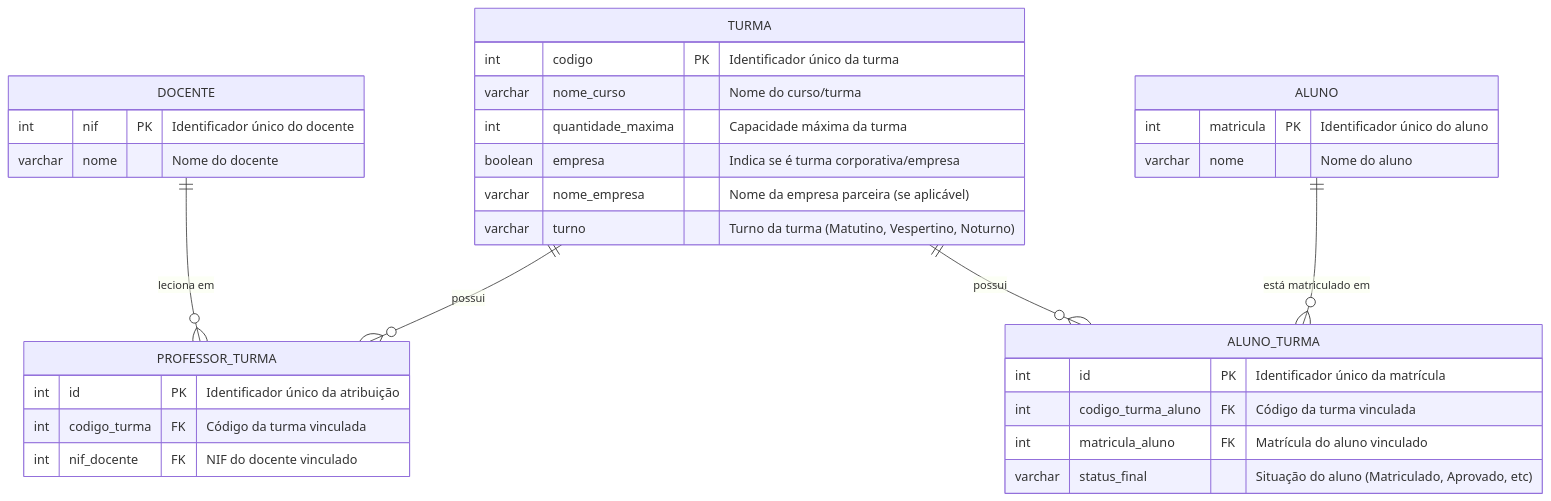
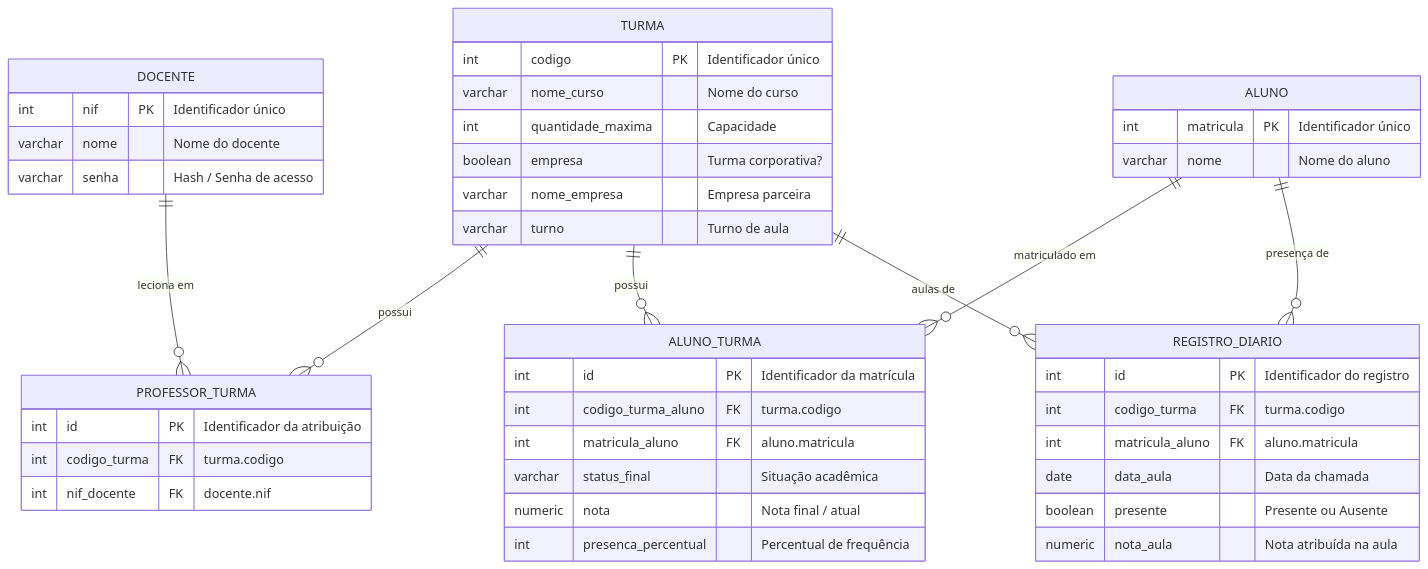
One commit to marianagmotta-cloud/SitemaNutriTeste changed the diagram in README.md. Above: the diagram before and after it, drawn with Mermaid. The commit also changed other lines of this file and 16 other files, not shown here.

````diff
--- a/README.md
+++ b/README.md
@@ -9,39 +40,53 @@
 ```mermaid
 erDiagram
     DOCENTE ||--o{ PROFESSOR_TURMA : "leciona em"
     TURMA ||--o{ PROFESSOR_TURMA : "possui"
-    ALUNO ||--o{ ALUNO_TURMA : "está matriculado em"
+    ALUNO ||--o{ ALUNO_TURMA : "matriculado em"
     TURMA ||--o{ ALUNO_TURMA : "possui"
+    TURMA ||--o{ REGISTRO_DIARIO : "aulas de"
+    ALUNO ||--o{ REGISTRO_DIARIO : "presença de"
 
     DOCENTE {
-        int nif PK "Identificador único do docente"
+        int nif PK "Identificador único"
         varchar nome "Nome do docente"
+        varchar senha "Hash / Senha de acesso"
     }
 
     ALUNO {
-        int matricula PK "Identificador único do aluno"
+        int matricula PK "Identificador único"
         varchar nome "Nome do aluno"
     }
 
     TURMA {
-        int codigo PK "Identificador único da turma"
-        varchar nome_curso "Nome do curso/turma"
-        int quantidade_maxima "Capacidade máxima da turma"
-        boolean empresa "Indica se é turma corporativa/empresa"
-        varchar nome_empresa "Nome da empresa parceira (se aplicável)"
-        varchar turno "Turno da turma (Matutino, Vespertino, Noturno)"
+        int codigo PK "Identificador único"
+        varchar nome_curso "Nome do curso"
+        int quantidade_maxima "Capacidade"
+        boolean empresa "Turma corporativa?"
+        varchar nome_empresa "Empresa parceira"
+        varchar turno "Turno de aula"
     }
 
     PROFESSOR_TURMA {
-        int id PK "Identificador único da atribuição"
-        int codigo_turma FK "Código da turma vinculada"
-        int nif_docente FK "NIF do docente vinculado"
+        int id PK "Identificador da atribuição"
+        int codigo_turma FK "turma.codigo"
+        int nif_docente FK "docente.nif"
     }
 
     ALUNO_TURMA {
-        int id PK "Identificador único da matrícula"
-        int codigo_turma_aluno FK "Código da turma vinculada"
-        int matricula_aluno FK "Matrícula do aluno vinculado"
-        varchar status_final "Situação do aluno (Matriculado, Aprovado, etc)"
+        int id PK "Identificador da matrícula"
+        int codigo_turma_aluno FK "turma.codigo"
+        int matricula_aluno FK "aluno.matricula"
+        varchar status_final "Situação acadêmica"
+        numeric nota "Nota final / atual"
+        int presenca_percentual "Percentual de frequência"
+    }
+
+    REGISTRO_DIARIO {
+        int id PK "Identificador do registro"
+        int codigo_turma FK "turma.codigo"
+        int matricula_aluno FK "aluno.matricula"
+        date data_aula "Data da chamada"
+        boolean presente "Presente ou Ausente"
+        numeric nota_aula "Nota atribuída na aula"
     }
 ```
````
